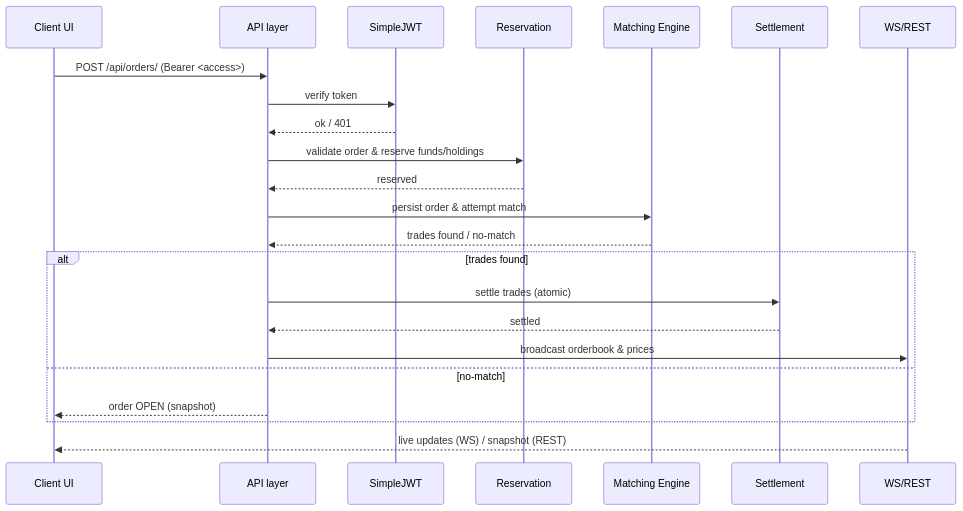
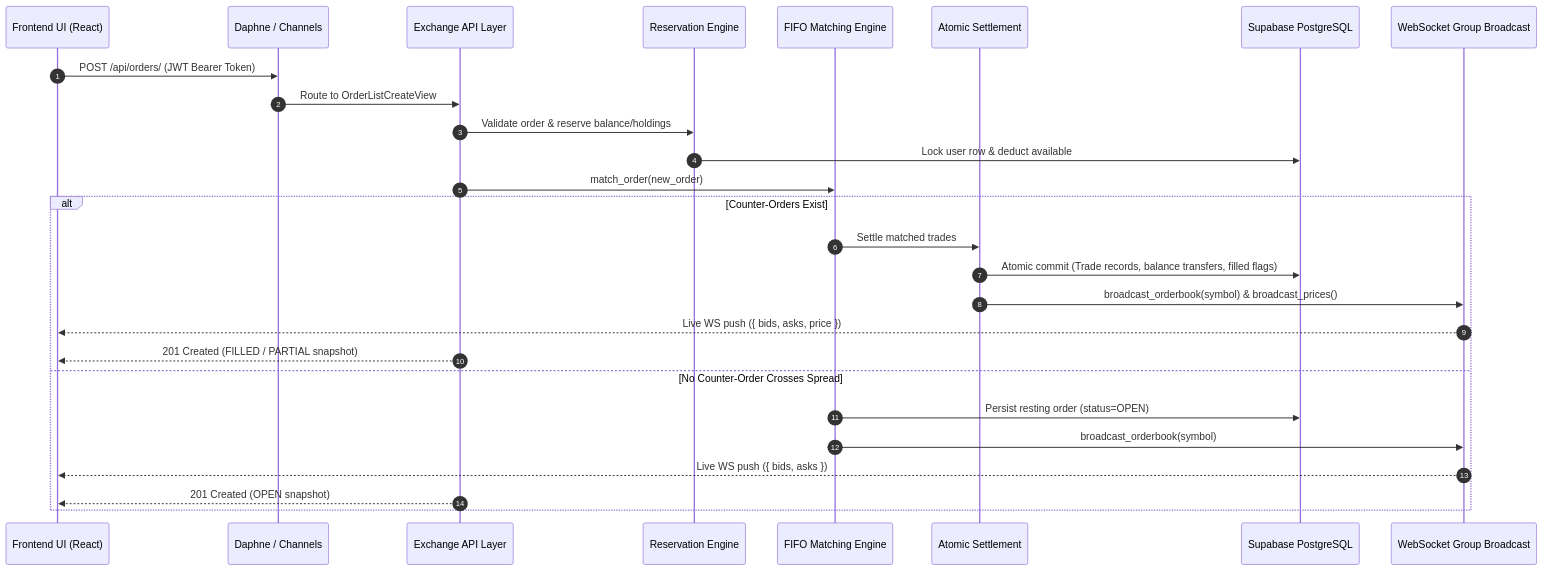
The diagram in README.md (schr0dy-coder/Mini-exchange-backend), drawn with Mermaid before and after one commit. The commit also changed other lines of this file, not shown here.

Commit message:
docs: add recruiter-ready high-impact README with architecture, benchmarks, and market mechanics

````diff
--- a/README.md
+++ b/README.md
@@ -15,26 +39,31 @@
 ```mermaid
 sequenceDiagram
-    participant Client as Client UI
-    participant API as API layer
-    participant Auth as SimpleJWT
-    participant Reserve as Reservation
-    participant Match as Matching Engine
-    participant Settle as Settlement
-    participant Broadcast as WS/REST
+    autonumber
+    participant Client as Frontend UI (React)
+    participant ASGI as Daphne / Channels
+    participant API as Exchange API Layer
+    participant Reserve as Reservation Engine
+    participant Matcher as FIFO Matching Engine
+    participant Settle as Atomic Settlement
+    participant DB as Supabase PostgreSQL
+    participant Broadcast as WebSocket Group Broadcast
 
-    Client->>API: POST /api/orders/ (Bearer <access>)
-    API->>Auth: verify token
-    Auth-->>API: ok / 401
-    API->>Reserve: validate order & reserve funds/holdings
-    Reserve-->>API: reserved
-    API->>Match: persist order & attempt match
-    Match-->>API: trades found / no-match
-    alt trades found
-      API->>Settle: settle trades (atomic)
-      Settle-->>API: settled
-      API->>Broadcast: broadcast orderbook & prices
-    else no-match
-      API-->>Client: order OPEN (snapshot)
+    Client->>ASGI: POST /api/orders/ (JWT Bearer Token)
+    ASGI->>API: Route to OrderListCreateView
+    API->>Reserve: Validate order & reserve balance/holdings
+    Reserve->>DB: Lock user row & deduct available
+    API->>Matcher: match_order(new_order)
+    
+    alt Counter-Orders Exist
+        Matcher->>Settle: Settle matched trades
+        Settle->>DB: Atomic commit (Trade records, balance transfers, filled flags)
+        Settle->>Broadcast: broadcast_orderbook(symbol) & broadcast_prices()
+        Broadcast-->>Client: Live WS push ({ bids, asks, price })
+        API-->>Client: 201 Created (FILLED / PARTIAL snapshot)
+    else No Counter-Order Crosses Spread
+        Matcher->>DB: Persist resting order (status=OPEN)
+        Matcher->>Broadcast: broadcast_orderbook(symbol)
+        Broadcast-->>Client: Live WS push ({ bids, asks })
+        API-->>Client: 201 Created (OPEN snapshot)
     end
-    Broadcast-->>Client: live updates (WS) / snapshot (REST)
 ```
````
